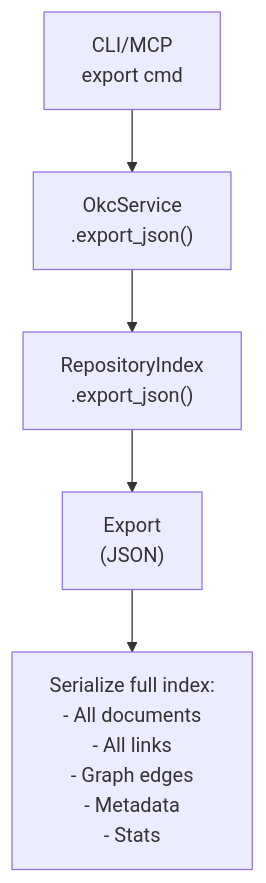
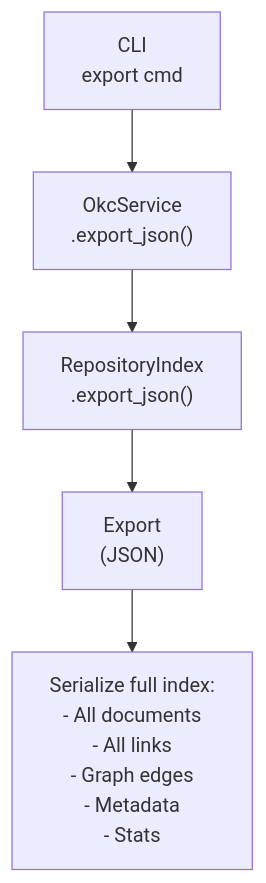
Before and after one commit to guifelix/Open-Knowledge-Catalog: the seventh of 7 diagrams in docs/architecture/data-flow.md, drawn with Mermaid. The commit also changed 9 other files, not shown here.

````diff
--- a/docs/architecture/data-flow.md
+++ b/docs/architecture/data-flow.md
@@ -286,7 +286,7 @@
 ```mermaid
 flowchart TD
-    REQUEST["CLI/MCP\nexport cmd"] --> SERVICE["OkcService\n.export_json()"]
+    REQUEST["CLI\nexport cmd"] --> SERVICE["OkcService\n.export_json()"]
     SERVICE --> REPO["RepositoryIndex\n.export_json()"]
     REPO --> EXPORT["Export\n(JSON)"]
     EXPORT --> SERIALIZE["Serialize full index:\n- All documents\n- All links\n- Graph edges\n- Metadata\n- Stats"]
 ```
````
